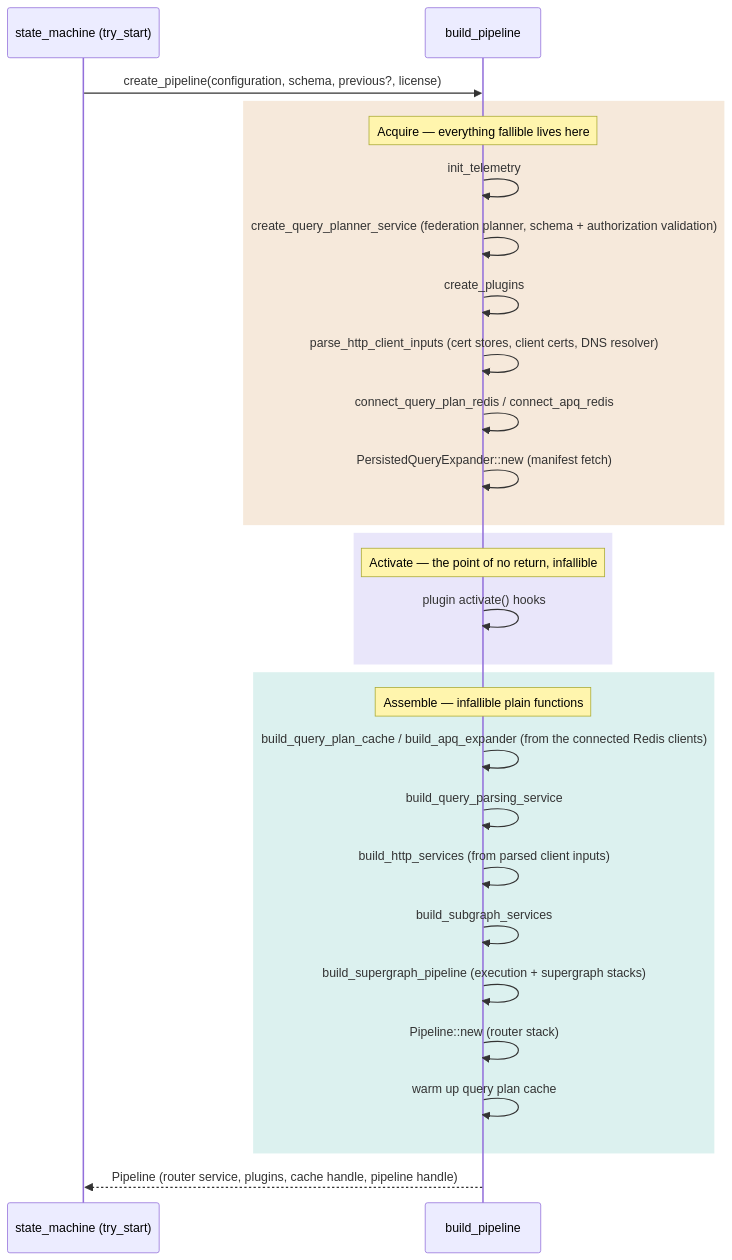
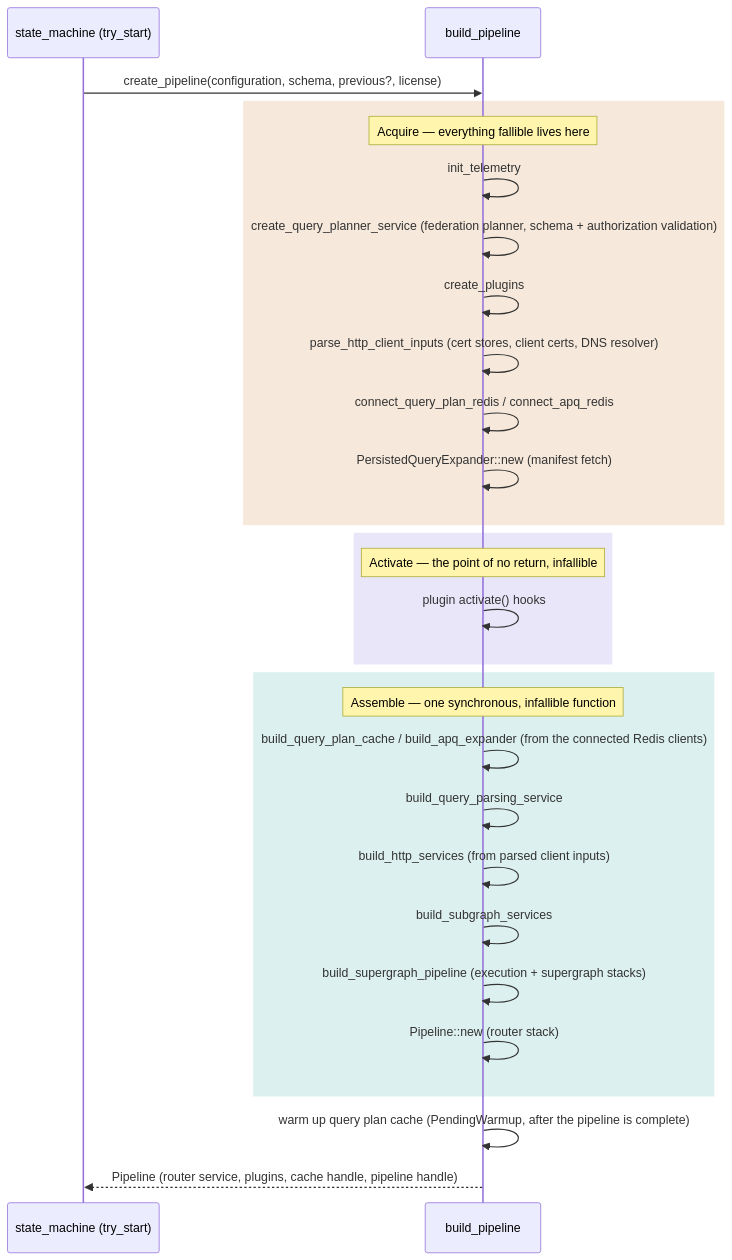
The diagram in dev-docs/pipeline-construction.md (apollographql/router), drawn with Mermaid before and after one commit. The commit also changed other lines of this file and 4 other files, not shown here.

First line of the commit message:
refactor(pipeline): phase functions taking Acquired; warm-up on Pipeline

````diff
--- a/dev-docs/pipeline-construction.md
+++ b/dev-docs/pipeline-construction.md
@@ -11,35 +11,36 @@
 ```mermaid
 sequenceDiagram
     participant SM as state_machine (try_start)
     participant BP as build_pipeline
 
     SM->>BP: create_pipeline(configuration, schema, previous?, license)
 
     rect rgba(192, 106, 16, 0.15)
         Note over BP: Acquire — everything fallible lives here
         BP->>BP: init_telemetry
         BP->>BP: create_query_planner_service (federation planner, schema + authorization validation)
         BP->>BP: create_plugins
         BP->>BP: parse_http_client_inputs (cert stores, client certs, DNS resolver)
         BP->>BP: connect_query_plan_redis / connect_apq_redis
         BP->>BP: PersistedQueryExpander::new (manifest fetch)
     end
 
     rect rgba(110, 90, 220, 0.15)
         Note over BP: Activate — the point of no return, infallible
         BP->>BP: plugin activate() hooks
     end
 
     rect rgba(20, 160, 150, 0.15)
-        Note over BP: Assemble — infallible plain functions
+        Note over BP: Assemble — one synchronous, infallible function
         BP->>BP: build_query_plan_cache / build_apq_expander (from the connected Redis clients)
         BP->>BP: build_query_parsing_service
         BP->>BP: build_http_services (from parsed client inputs)
         BP->>BP: build_subgraph_services
         BP->>BP: build_supergraph_pipeline (execution + supergraph stacks)
         BP->>BP: Pipeline::new (router stack)
-        BP->>BP: warm up query plan cache
     end
+
+    BP->>BP: warm up query plan cache (PendingWarmup, after the pipeline is complete)
 
     BP-->>SM: Pipeline (router service, plugins, cache handle, pipeline handle)
 ```
````
